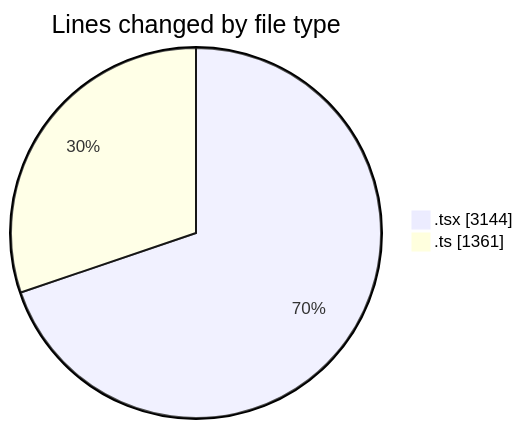
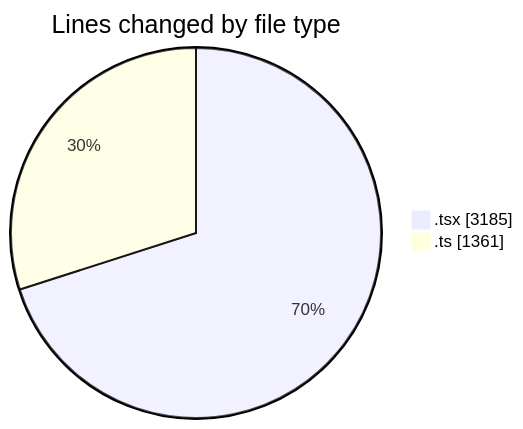
The first of 2 diagrams in 2026-03-06/nxtqube_webapp/README.md (nxtqubesakshisongat/code-tracking), drawn with Mermaid before and after one commit. The commit also changed other lines of this file and 1 other file, not shown here.

````diff
--- a/2026-03-06/nxtqube_webapp/README.md
+++ b/2026-03-06/nxtqube_webapp/README.md
@@ -30,6 +30,6 @@
 ```mermaid
 pie showData
 title Lines changed by file type
-".tsx" : 3144
+".tsx" : 3185
 ".ts" : 1361
 ```
````
